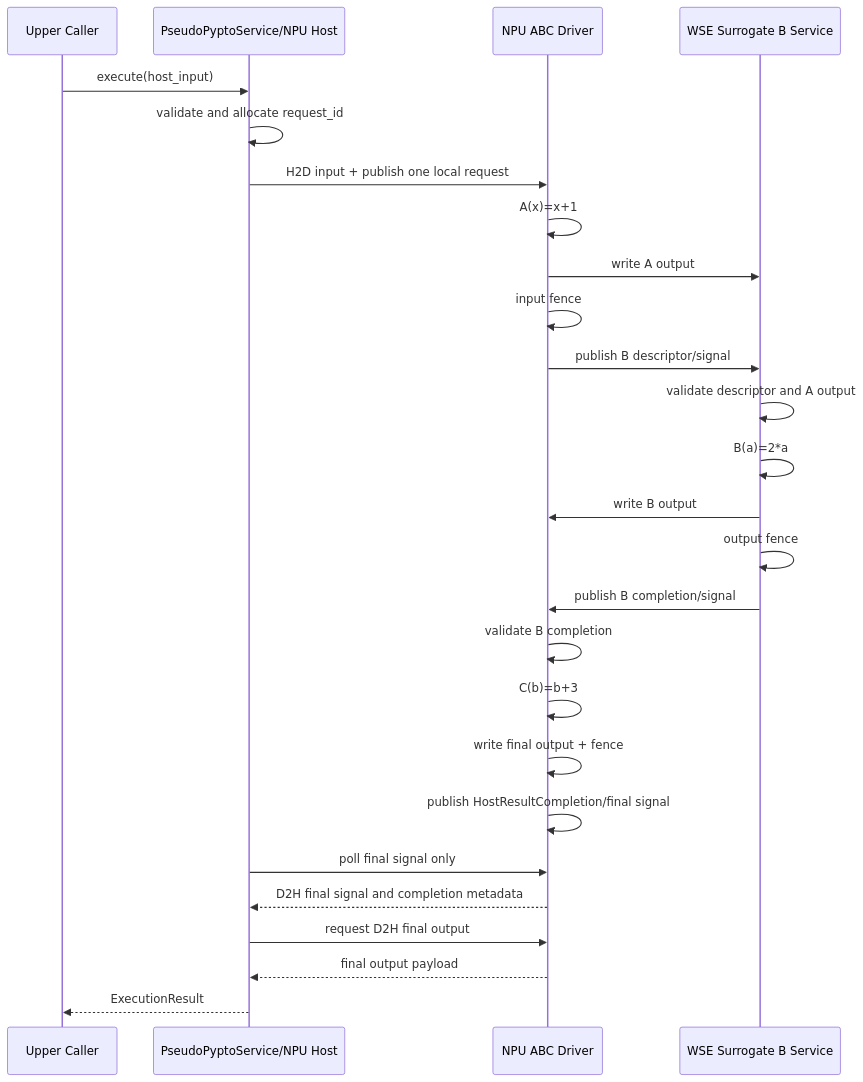
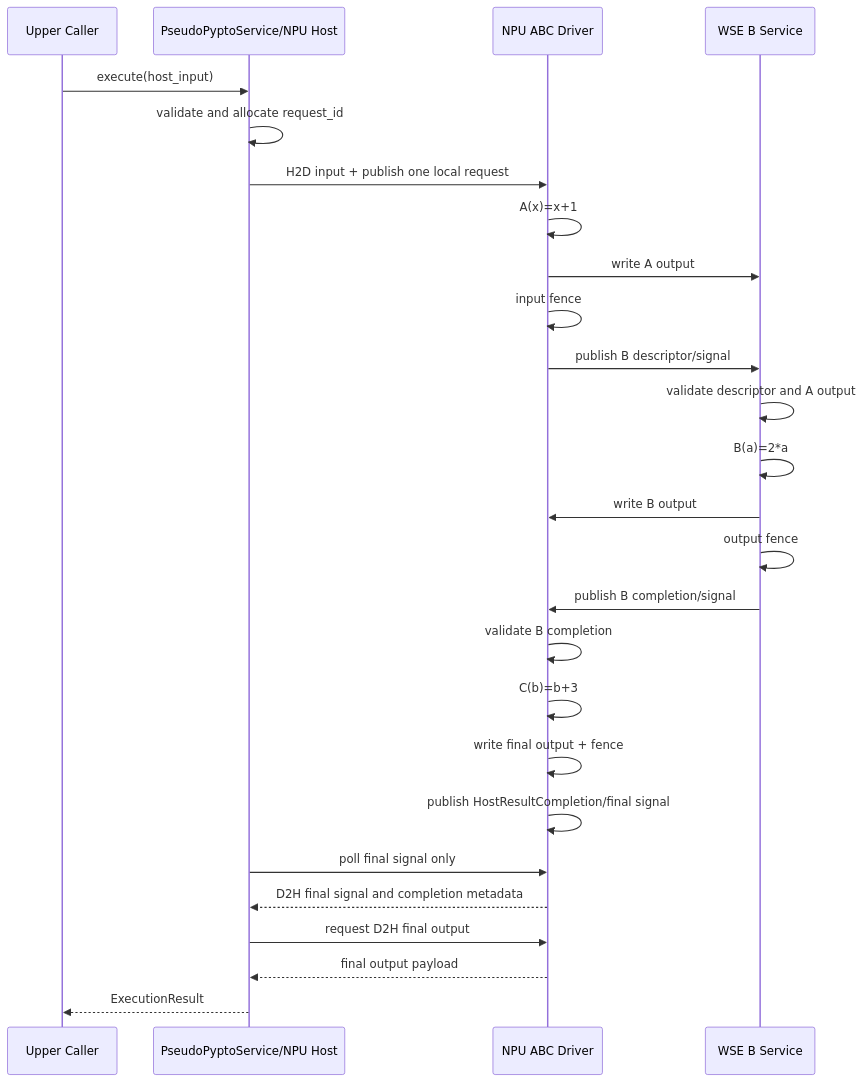
One commit to zhusy54/vllm-ascend changed the second of 2 diagrams in pypto_docs/pypto-wse-proxy-abc-validation-plan.md. Above: the diagram before and after it, drawn with Mermaid. The commit also changed other lines of this file and 18 other files, not shown here.

````diff
--- a/pypto_docs/pypto-wse-proxy-abc-validation-plan.md
+++ b/pypto_docs/pypto-wse-proxy-abc-validation-plan.md
@@ -638,29 +637,29 @@
 ```mermaid
 sequenceDiagram
     participant U as Upper Caller
     participant P as PseudoPyptoService/NPU Host
     participant N as NPU ABC Driver
-    participant W as WSE Surrogate B Service
+    participant W as WSE B Service
 
     U->>P: execute(host_input)
     P->>P: validate and allocate request_id
     P->>N: H2D input + publish one local request
     N->>N: A(x)=x+1
     N->>W: write A output
     N->>N: input fence
     N->>W: publish B descriptor/signal
     W->>W: validate descriptor and A output
     W->>W: B(a)=2*a
     W->>N: write B output
     W->>W: output fence
     W->>N: publish B completion/signal
     N->>N: validate B completion
     N->>N: C(b)=b+3
     N->>N: write final output + fence
     N->>N: publish HostResultCompletion/final signal
     P->>N: poll final signal only
     N-->>P: D2H final signal and completion metadata
     P->>N: request D2H final output
     N-->>P: final output payload
     P-->>U: ExecutionResult
 ```
````
